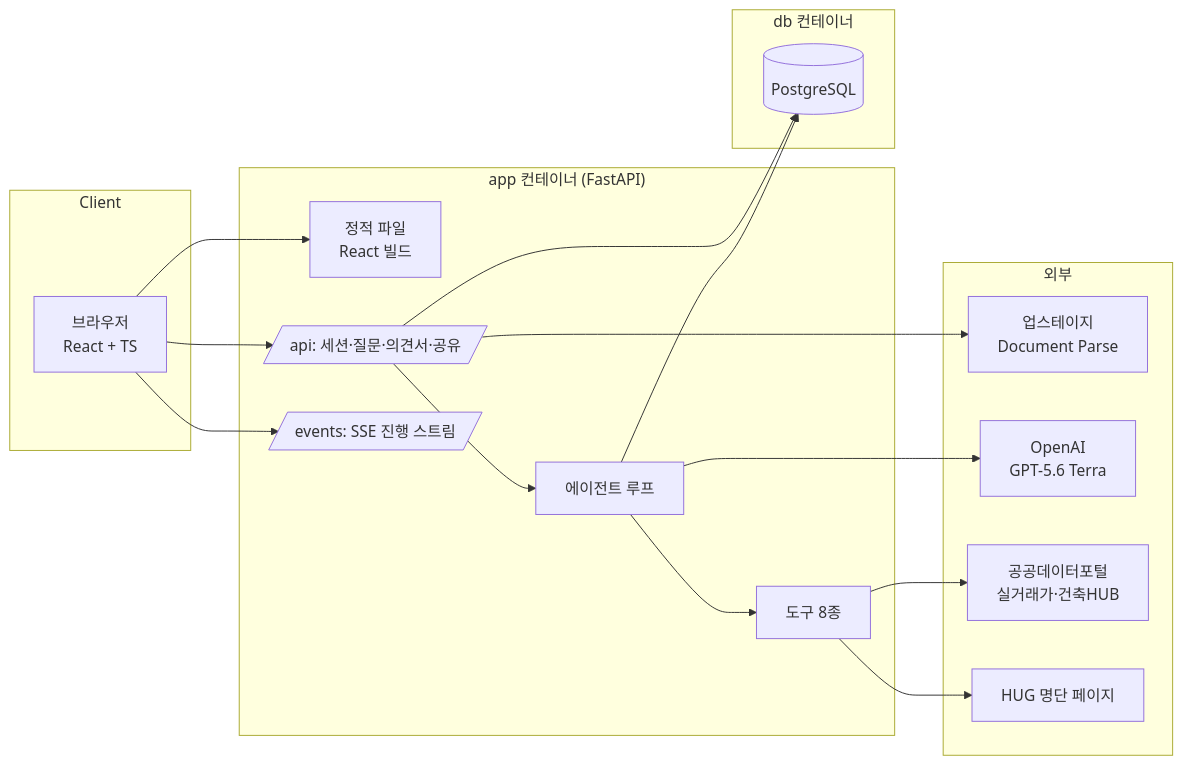
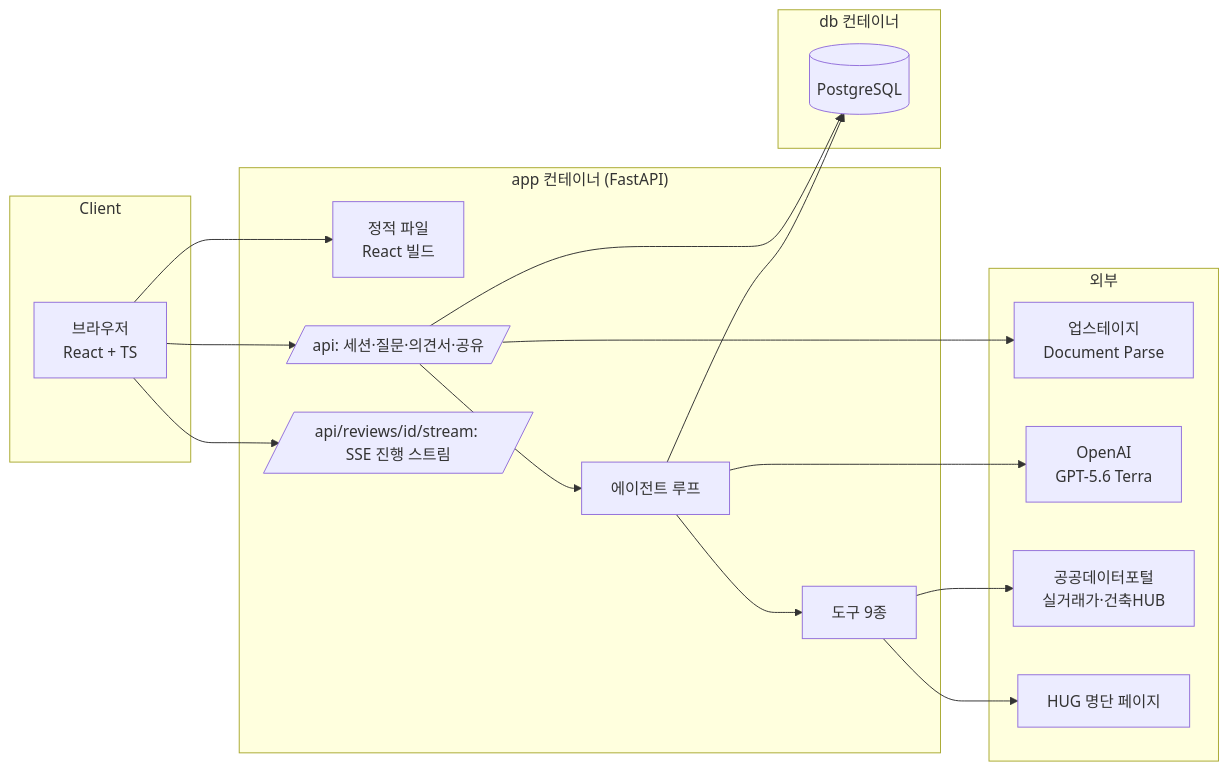
Before and after one commit to HoyoungParkme/deposit-guard: the diagram in docs/specs/05-INFRA/JSD-INFRA-001.md, drawn with Mermaid. The commit also changed other lines of this file, not shown here.

Commit message:
구성도의 도구 수·스트림 경로, report 책임의 PDF, 예시 워밍 필수를 고쳤다

````diff
--- a/docs/specs/05-INFRA/JSD-INFRA-001.md
+++ b/docs/specs/05-INFRA/JSD-INFRA-001.md
@@ -65,33 +65,33 @@
 ```mermaid
 flowchart LR
     subgraph Client
         B[브라우저<br/>React + TS]
     end
     subgraph App["app 컨테이너 (FastAPI)"]
         S[정적 파일<br/>React 빌드]
         API[/api: 세션·질문·의견서·공유/]
-        SSE[/events: SSE 진행 스트림/]
+        SSE[/api/reviews/id/stream: SSE 진행 스트림/]
         AG[에이전트 루프]
-        TL[도구 8종]
+        TL[도구 9종]
     end
     subgraph DB["db 컨테이너"]
         PG[(PostgreSQL)]
     end
     subgraph Ext[외부]
         UP[업스테이지<br/>Document Parse]
         OA[OpenAI<br/>GPT-5.6 Terra]
         GO[공공데이터포털<br/>실거래가·건축HUB]
         HUG[HUG 명단 페이지]
     end
     B --> S
     B --> API
     B --> SSE
     API --> AG
     AG --> TL
     AG --> OA
     API --> UP
     TL --> GO
     TL --> HUG
     AG --> PG
     API --> PG
 ```
````
